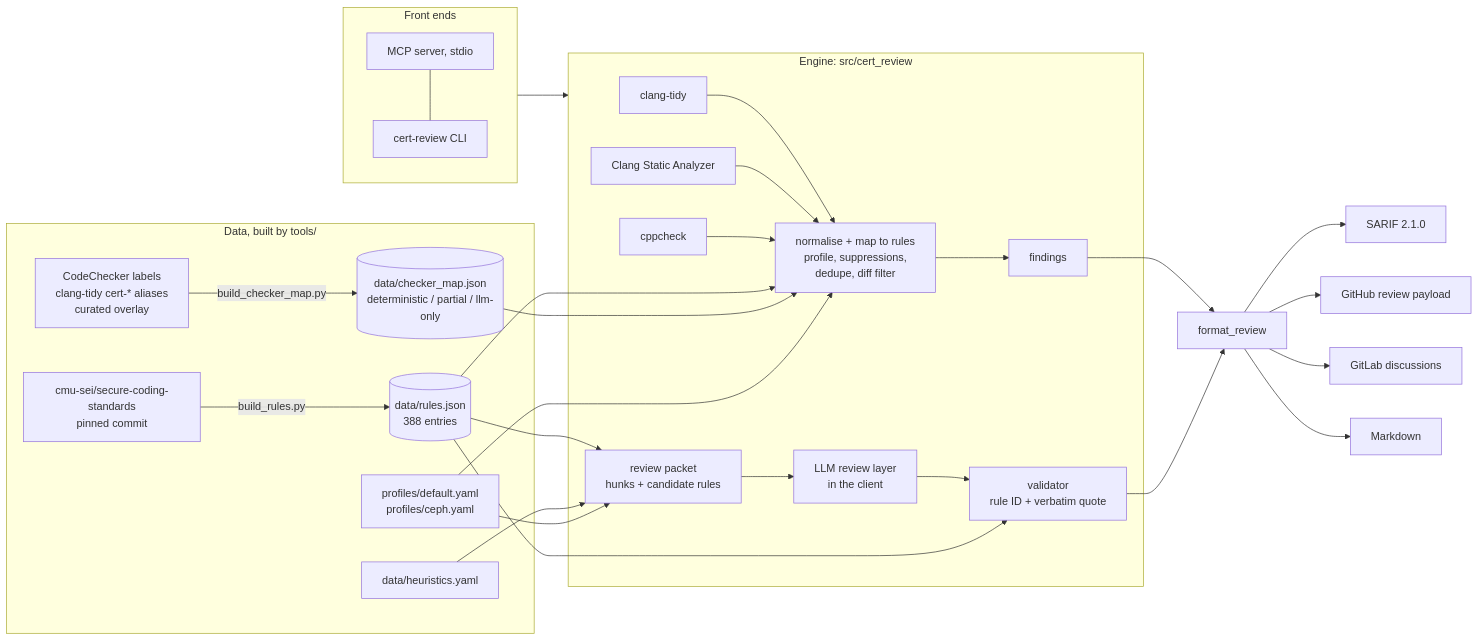
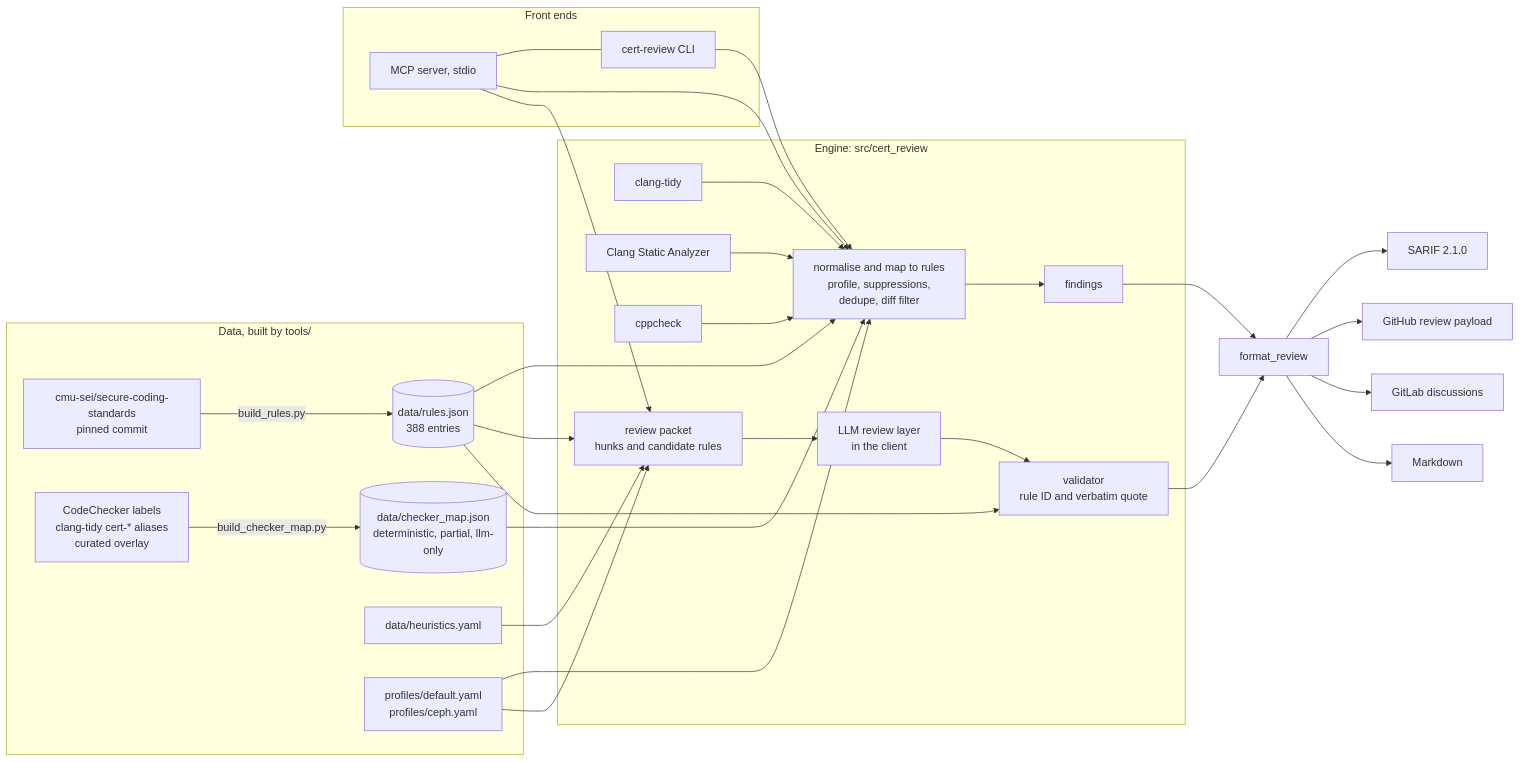
One commit to RaminNietzsche/cert-review-mcp changed the diagram in README.md. Above: the diagram before and after it, drawn with Mermaid.

Commit message:
docs: quote labels in the README architecture diagram so GitHub renders it

````diff
--- a/README.md
+++ b/README.md
@@ -30,34 +30,36 @@
 ```mermaid
 flowchart LR
-  subgraph data[Data, built by tools/]
-    A[cmu-sei/secure-coding-standards<br/>pinned commit] -->|build_rules.py| R[(data/rules.json<br/>388 entries)]
-    B[CodeChecker labels<br/>clang-tidy cert-* aliases<br/>curated overlay] -->|build_checker_map.py| M[(data/checker_map.json<br/>deterministic / partial / llm-only)]
-    H[data/heuristics.yaml]
-    P[profiles/default.yaml<br/>profiles/ceph.yaml]
+  subgraph data["Data, built by tools/"]
+    A["cmu-sei/secure-coding-standards<br/>pinned commit"] -->|"build_rules.py"| R[("data/rules.json<br/>388 entries")]
+    B["CodeChecker labels<br/>clang-tidy cert-* aliases<br/>curated overlay"] -->|"build_checker_map.py"| M[("data/checker_map.json<br/>deterministic, partial, llm-only")]
+    H["data/heuristics.yaml"]
+    P["profiles/default.yaml<br/>profiles/ceph.yaml"]
   end
-  subgraph engine[Engine: src/cert_review]
-    T1[clang-tidy] --> N
-    T2[Clang Static Analyzer] --> N
-    T3[cppcheck] --> N
-    N[normalise + map to rules<br/>profile, suppressions,<br/>dedupe, diff filter] --> F[findings]
+  subgraph engine["Engine: src/cert_review"]
+    T1["clang-tidy"] --> N
+    T2["Clang Static Analyzer"] --> N
+    T3["cppcheck"] --> N
+    N["normalise and map to rules<br/>profile, suppressions,<br/>dedupe, diff filter"] --> F["findings"]
     R --> N
     M --> N
     P --> N
-    R --> K[review packet<br/>hunks + candidate rules]
+    R --> K["review packet<br/>hunks and candidate rules"]
     H --> K
     P --> K
-    K --> L[LLM review layer<br/>in the client]
-    L --> V[validator<br/>rule ID + verbatim quote]
+    K --> L["LLM review layer<br/>in the client"]
+    L --> V["validator<br/>rule ID and verbatim quote"]
     R --> V
   end
-  F --> O[format_review]
+  F --> O["format_review"]
   V --> O
-  O --> S1[SARIF 2.1.0]
-  O --> S2[GitHub review payload]
-  O --> S3[GitLab discussions]
-  O --> S4[Markdown]
-  subgraph front[Front ends]
-    MCP[MCP server, stdio] --- CLI[cert-review CLI]
+  O --> S1["SARIF 2.1.0"]
+  O --> S2["GitHub review payload"]
+  O --> S3["GitLab discussions"]
+  O --> S4["Markdown"]
+  subgraph front["Front ends"]
+    MCP["MCP server, stdio"] --- CLI["cert-review CLI"]
   end
-  front --> engine
+  MCP --> N
+  CLI --> N
+  MCP --> K
 ```
````
